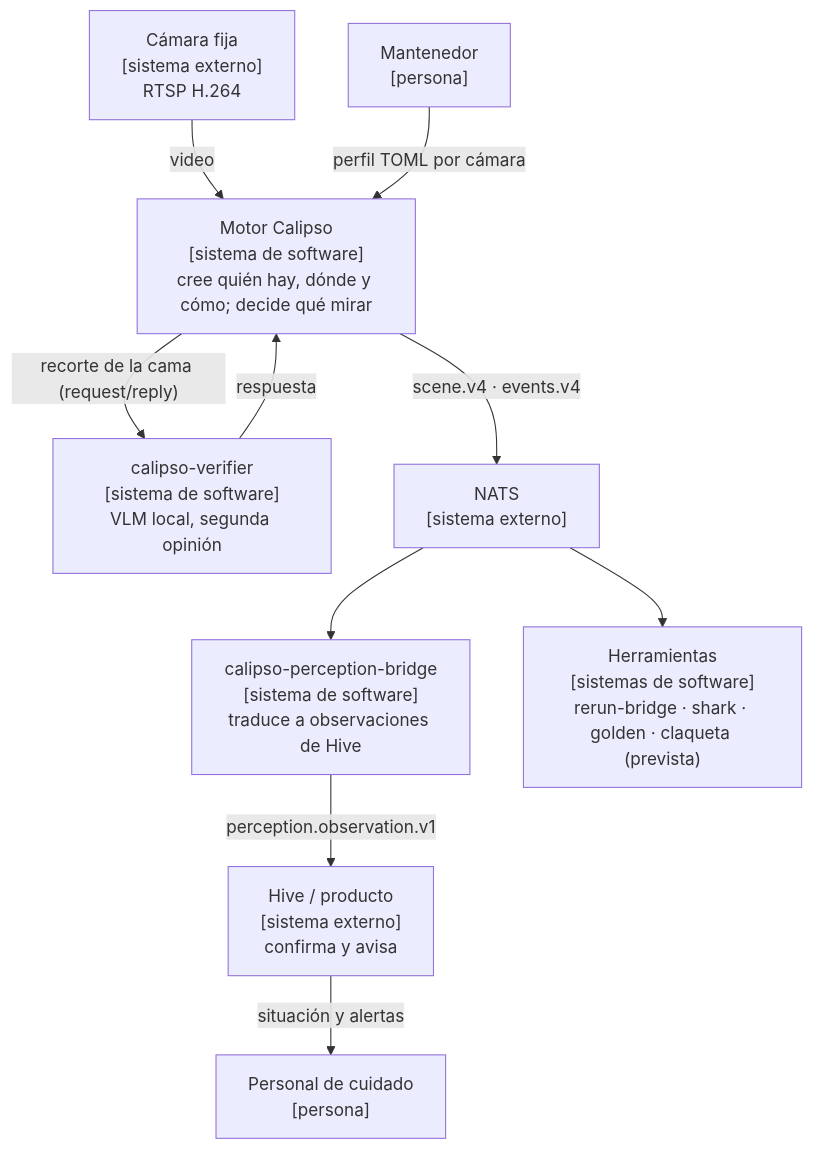
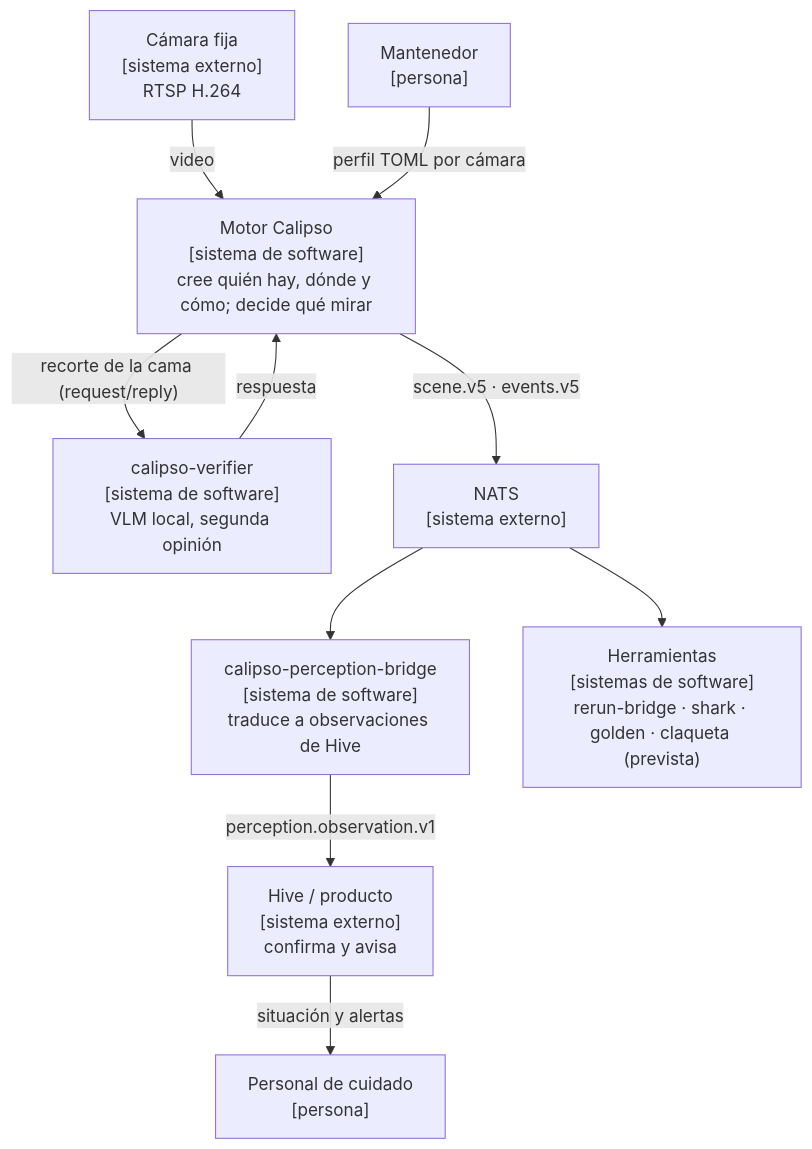
One commit to e7canasta/calipso-detector changed the first of 9 diagrams in arquitectura-c4.md. Above: the diagram before and after it, drawn with Mermaid. The commit also changed other lines of this file and 7 other files, not shown here.

````diff
--- a/arquitectura-c4.md
+++ b/arquitectura-c4.md
@@ -57,22 +57,22 @@
 ```mermaid
 flowchart TB
     care["Personal de cuidado<br/>[persona]"]
     maint["Mantenedor<br/>[persona]"]
     camera["Cámara fija<br/>[sistema externo]<br/>RTSP H.264"]
     engine["Motor Calipso<br/>[sistema de software]<br/>cree quién hay, dónde y cómo; decide qué mirar"]
     verifier["calipso-verifier<br/>[sistema de software]<br/>VLM local, segunda opinión"]
     nats["NATS<br/>[sistema externo]"]
     bridge["calipso-perception-bridge<br/>[sistema de software]<br/>traduce a observaciones de Hive"]
     hive["Hive / producto<br/>[sistema externo]<br/>confirma y avisa"]
     tools["Herramientas<br/>[sistemas de software]<br/>rerun-bridge · shark · golden · claqueta (prevista)"]
 
     camera -->|"video"| engine
     maint -->|"perfil TOML por cámara"| engine
     engine -->|"recorte de la cama (request/reply)"| verifier
     verifier -->|"respuesta"| engine
-    engine -->|"scene.v4 · events.v4"| nats
+    engine -->|"scene.v5 · events.v5"| nats
     nats --> bridge
     bridge -->|"perception.observation.v1"| hive
     hive -->|"situación y alertas"| care
     nats --> tools
 ```
````
